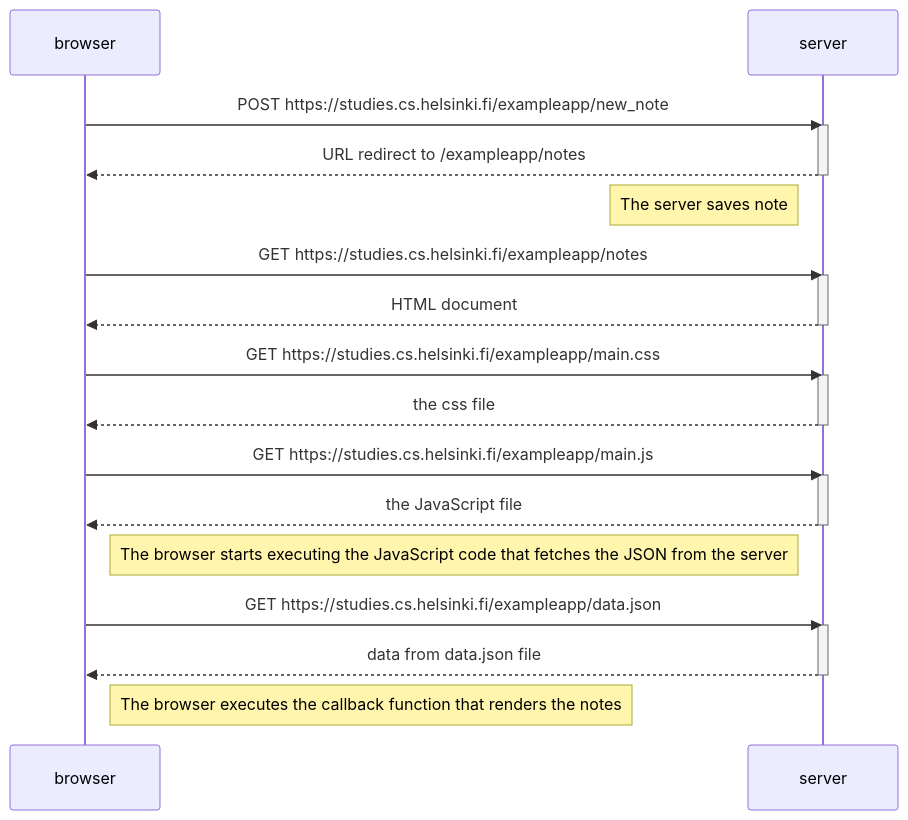
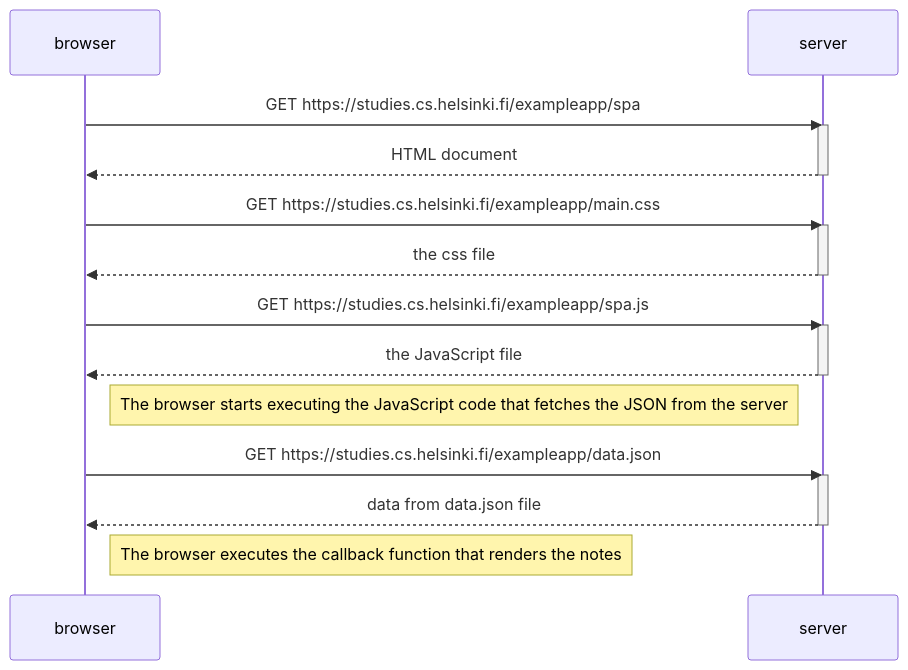
Before and after one commit to TadiusSapfiro/fullstackOpenStudy: the diagram in part0/0.5/openNotesDiagramSPA.md, drawn with Mermaid.

Commit message:
Refactor sequence diagram to replace POST request with GET for note retrieval

````diff
--- a/part0/0.5/openNotesDiagramSPA.md
+++ b/part0/0.5/openNotesDiagramSPA.md
@@ -1,36 +1,30 @@
 ```mermaid
 sequenceDiagram
 participant browser
 participant server
 
-    browser->>server: POST https://studies.cs.helsinki.fi/exampleapp/new_note
-    activate server
-    server-->>browser: URL redirect to /exampleapp/notes
-    deactivate server
-    Note left of server: The server saves note
-
-    browser->>server: GET https://studies.cs.helsinki.fi/exampleapp/notes
+    browser->>server: GET https://studies.cs.helsinki.fi/exampleapp/spa
     activate server
     server-->>browser: HTML document
     deactivate server
 
     browser->>server: GET https://studies.cs.helsinki.fi/exampleapp/main.css
     activate server
     server-->>browser: the css file
     deactivate server
 
-    browser->>server: GET https://studies.cs.helsinki.fi/exampleapp/main.js
+    browser->>server: GET https://studies.cs.helsinki.fi/exampleapp/spa.js
     activate server
     server-->>browser: the JavaScript file
     deactivate server
 
     Note right of browser: The browser starts executing the JavaScript code that fetches the JSON from the server
 
     browser->>server: GET https://studies.cs.helsinki.fi/exampleapp/data.json
     activate server
     server-->>browser: data from data.json file
     deactivate server
 
     Note right of browser: The browser executes the callback function that renders the notes
 
 ```
````
